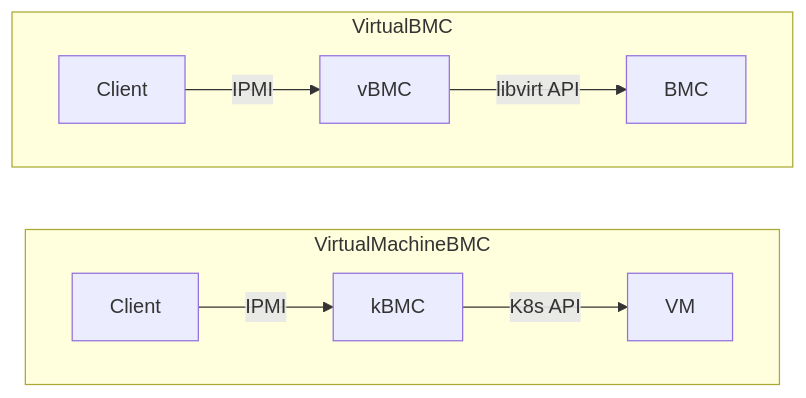
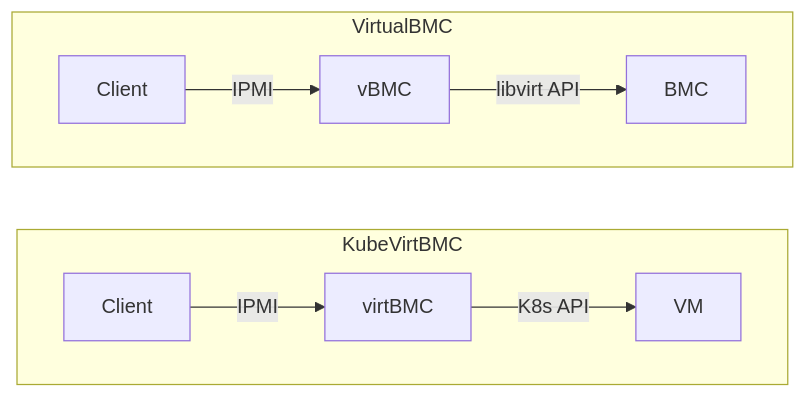
The first of 2 diagrams in README.md (starbops/kubevirtbmc), drawn with Mermaid before and after one commit. The commit also changed other lines of this file and 37 other files, not shown here.

````diff
--- a/README.md
+++ b/README.md
@@ -11,15 +11,15 @@
 ```mermaid
 flowchart LR
     client1[Client]
     client2[Client]
     BMC1[BMC]
     VM[VM]
-    subgraph VirtualMachineBMC
+    subgraph KubeVirtBMC
     direction LR
-    client2-->|IPMI|kBMC-->|K8s API|VM
+    client2-->|IPMI|virtBMC-->|K8s API|VM
     end
     subgraph VirtualBMC
     direction LR
     client1-->|IPMI|vBMC-->|libvirt API|BMC1
     end
 ```
````
